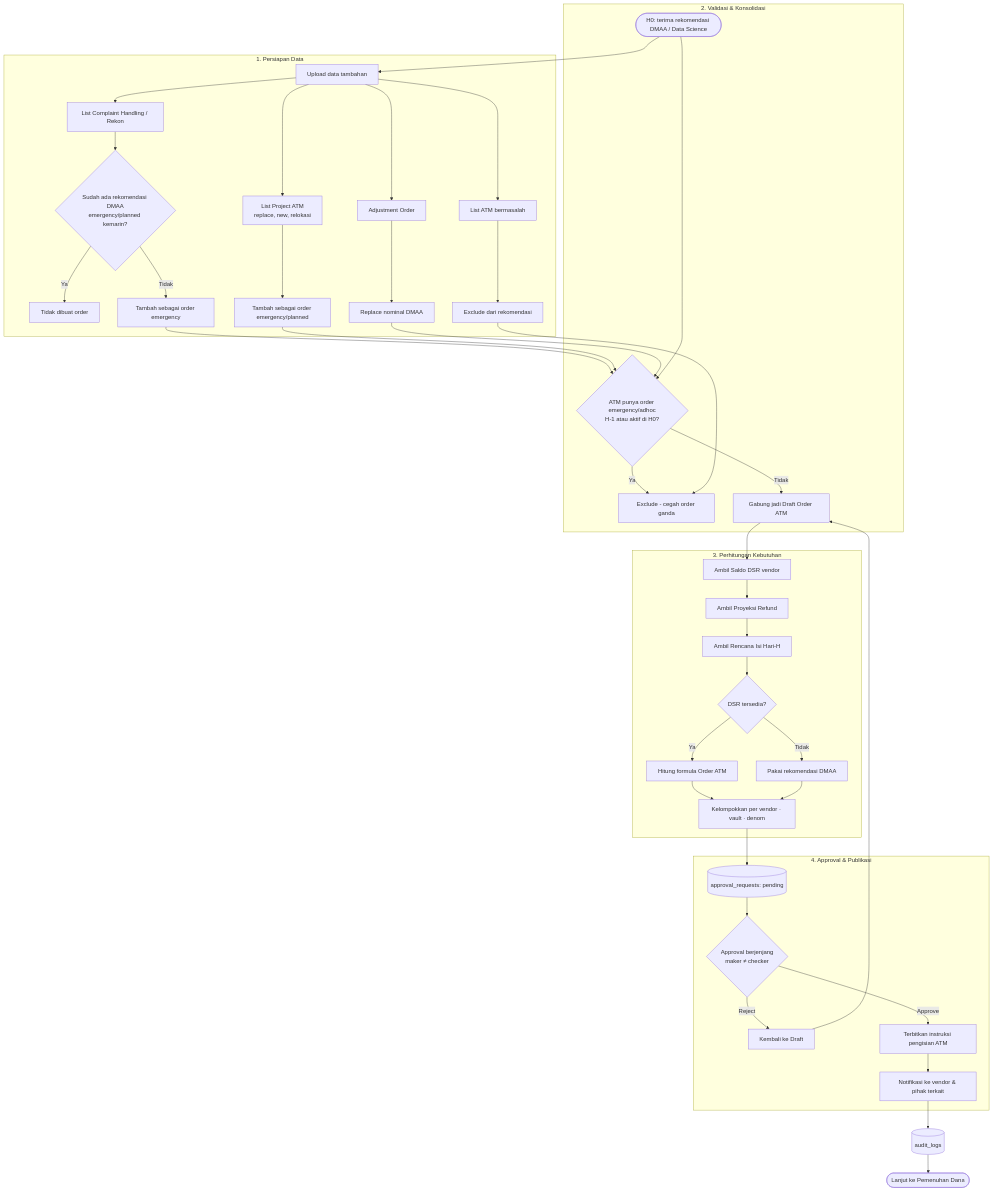
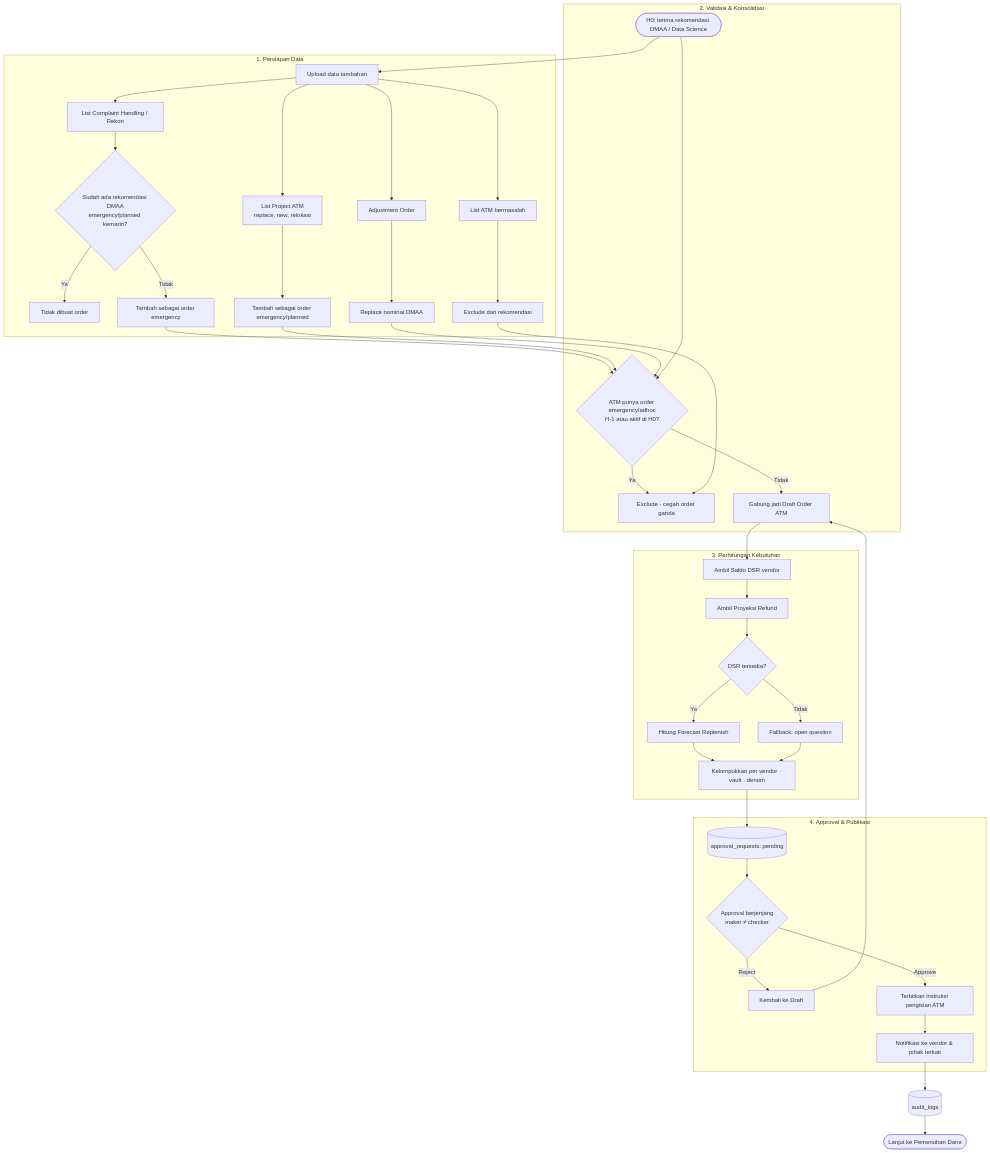
The diagram in .claude/feature-flows/03-atm-cash-forecasting/feature-flow.md (sanjayayudha18/project_cms), drawn with Mermaid before and after one commit. The commit also changed other lines of this file and 209 other files, not shown here.

````diff
--- a/.claude/feature-flows/03-atm-cash-forecasting/feature-flow.md
+++ b/.claude/feature-flows/03-atm-cash-forecasting/feature-flow.md
@@ -17,49 +18,48 @@
 ```mermaid
 flowchart TD
     A([H0: terima rekomendasi DMAA / Data Science]) --> B[Upload data tambahan]
 
     subgraph PREP[1. Persiapan Data]
         B --> B1[List Complaint Handling / Rekon]
         B --> B2[List Project ATM<br/>replace, new, relokasi]
         B --> B3[List ATM bermasalah]
         B --> B4[Adjustment Order]
         B1 --> C1{Sudah ada rekomendasi DMAA<br/>emergency/planned kemarin?}
         C1 -->|Ya| C1a[Tidak dibuat order]
         C1 -->|Tidak| C1b[Tambah sebagai order emergency]
         B2 --> C2[Tambah sebagai order emergency/planned]
         B3 --> C3[Exclude dari rekomendasi]
         B4 --> C4[Replace nominal DMAA]
     end
 
     subgraph VAL[2. Validasi & Konsolidasi]
         C1b --> D{ATM punya order emergency/adhoc<br/>H-1 atau aktif di H0?}
         C2 --> D
         C4 --> D
         A --> D
         D -->|Ya| D1[Exclude - cegah order ganda]
         D -->|Tidak| E[Gabung jadi Draft Order ATM]
         C3 --> D1
     end
 
     subgraph CALC[3. Perhitungan Kebutuhan]
         E --> F[Ambil Saldo DSR vendor]
         F --> G[Ambil Proyeksi Refund]
-        G --> H[Ambil Rencana Isi Hari-H]
-        H --> I{DSR tersedia?}
-        I -->|Ya| J[Hitung formula Order ATM]
-        I -->|Tidak| K[Pakai rekomendasi DMAA]
+        G --> I{DSR tersedia?}
+        I -->|Ya| J[Hitung Forecast Replenish]
+        I -->|Tidak| K[Fallback: open question]
         J --> L[Kelompokkan per vendor · vault · denom]
         K --> L
     end
 
     subgraph APPR[4. Approval & Publikasi]
         L --> M[(approval_requests: pending)]
         M --> N{Approval berjenjang<br/>maker ≠ checker}
         N -->|Reject| N1[Kembali ke Draft] --> E
         N -->|Approve| O[Terbitkan instruksi pengisian ATM]
         O --> P[Notifikasi ke vendor & pihak terkait]
     end
 
     P --> Q[(audit_logs)]
     Q --> R([Lanjut ke Pemenuhan Dana])
 ```
````
